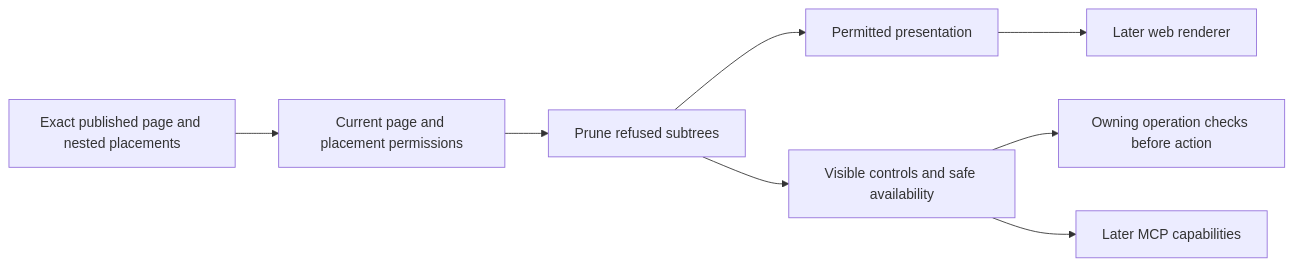
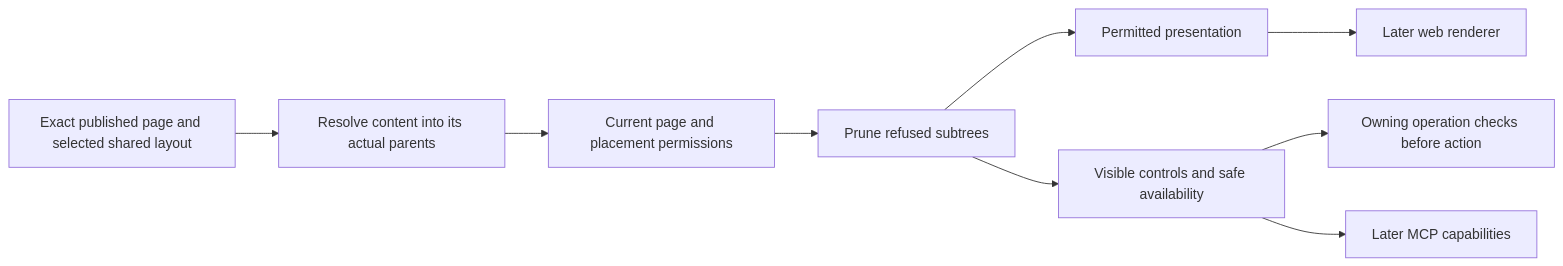
The diagram in docs/build-plan/issue-38-page-capability-projection.md (Abzum-NZ/Abzum-Vortex), drawn with Mermaid before and after one commit. The commit also changed other lines of this file and 15 other files, not shown here.

Commit message:
Resolve published page layouts before access projection

````diff
--- a/docs/build-plan/issue-38-page-capability-projection.md
+++ b/docs/build-plan/issue-38-page-capability-projection.md
@@ -135,10 +158,11 @@
 ```mermaid
 flowchart LR
-    D[Exact published page and nested placements] --> A[Current page and placement permissions]
+    D[Exact published page and selected shared layout] --> R[Resolve content into its actual parents]
+    R --> A[Current page and placement permissions]
     A --> P[Prune refused subtrees]
     P --> V[Permitted presentation]
     P --> C[Visible controls and safe availability]
     C --> O[Owning operation checks before action]
     V --> W[Later web renderer]
     C --> M[Later MCP capabilities]
 ```
````
